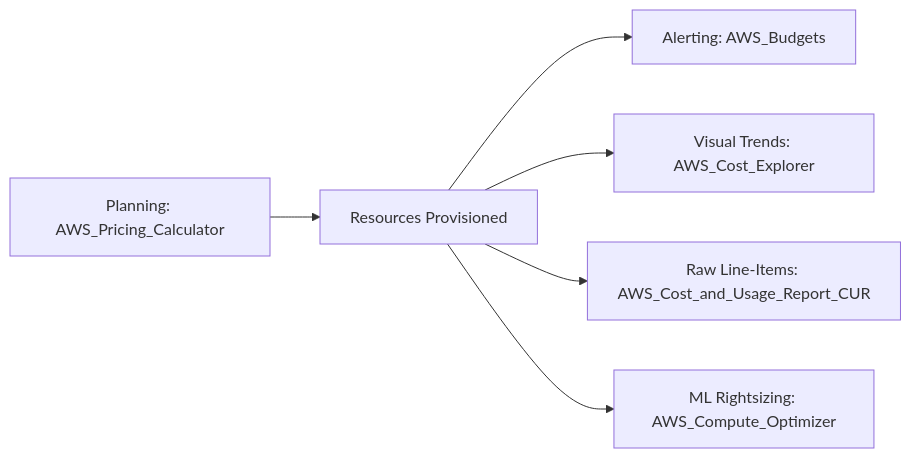
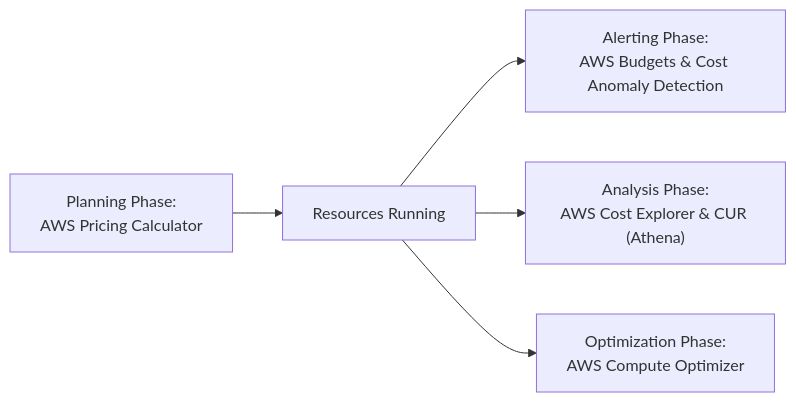
Before and after one commit to fakhruldeen/AWS: the third of 3 diagrams in Cloud/Practitioner/CLF-C02/06_Explanations/04_Billing_and_Pricing/Pricing_Models_and_Billing_Tools.md, drawn with Mermaid. The commit also changed other lines of this file and 18 other files, not shown here.

Commit message:
docs(clf-c02): complete 6-pillar pedagogical overhaul across all 19 deep dive guides in 06_Explanations

````diff
--- a/Cloud/Practitioner/CLF-C02/06_Explanations/04_Billing_and_Pricing/Pricing_Models_and_Billing_Tools.md
+++ b/Cloud/Practitioner/CLF-C02/06_Explanations/04_Billing_and_Pricing/Pricing_Models_and_Billing_Tools.md
@@ -61,8 +108,8 @@
 ```mermaid
 flowchart LR
-    Plan["Planning: AWS_Pricing_Calculator"] --> Launch["Resources Provisioned"]
-    Launch --> Alert["Alerting: AWS_Budgets"]
-    Launch --> Analyze["Visual Trends: AWS_Cost_Explorer"]
-    Launch --> DeepDive["Raw Line-Items: AWS_Cost_and_Usage_Report_CUR"]
-    Launch --> Rightsize["ML Rightsizing: AWS_Compute_Optimizer"]
+    Plan["Planning Phase:<br/>AWS Pricing Calculator"] --> Provision["Resources Running"]
+    
+    Provision --> Alert["Alerting Phase:<br/>AWS Budgets & Cost Anomaly Detection"]
+    Provision --> Analyze["Analysis Phase:<br/>AWS Cost Explorer & CUR (Athena)"]
+    Provision --> Optimize["Optimization Phase:<br/>AWS Compute Optimizer"]
 ```
````
